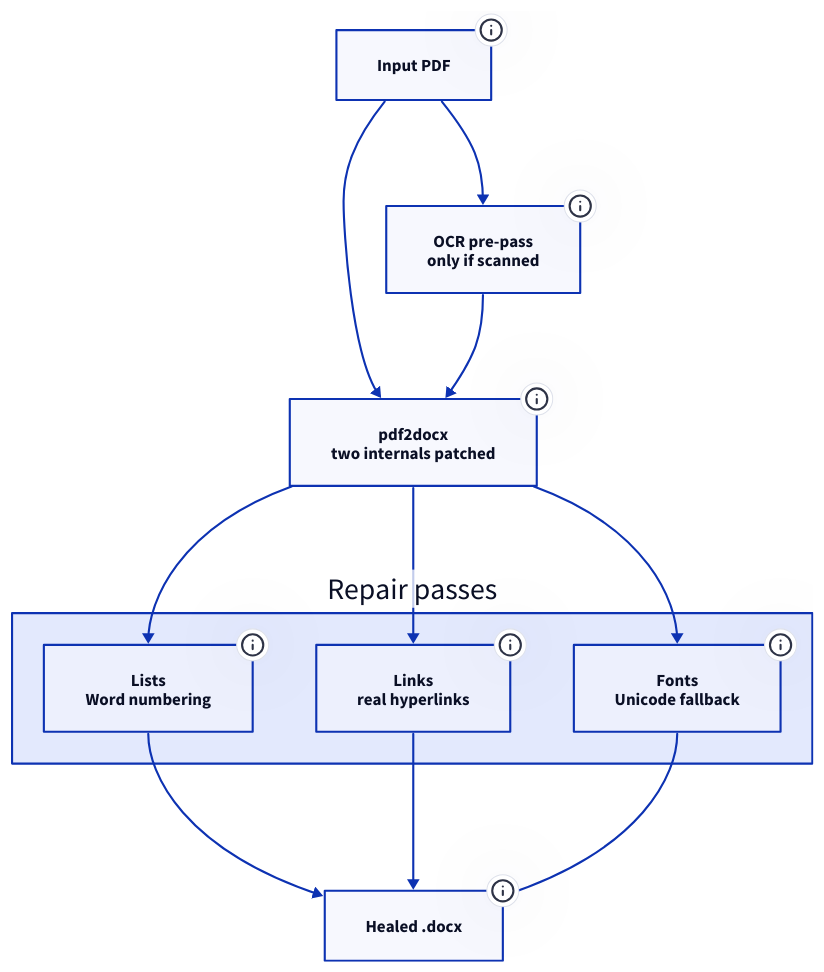
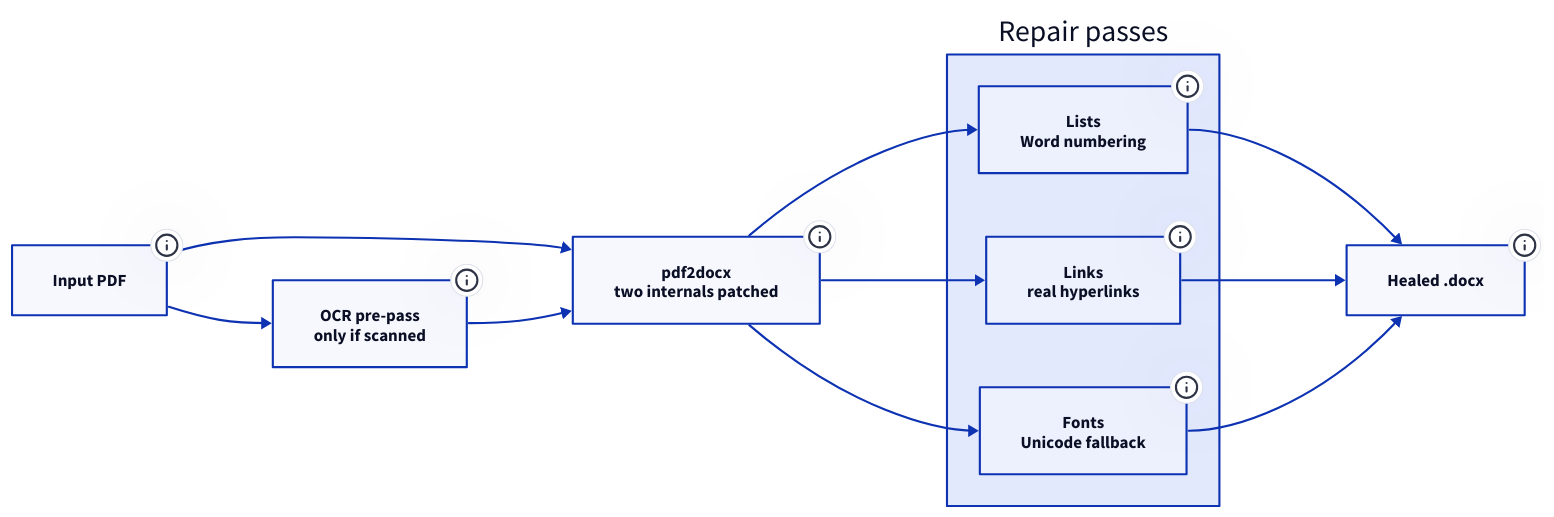
One commit to kunalgoesbyken/portfoliov1 changed the diagram in data/projects/diagrams/pdf2docx-healer-pipeline.d2. Above: the diagram before and after it, drawn with D2. The commit also changed 35 other files, not shown here.

Commit message:
Horizontal diagrams with side detail panel, uniform screenshot frames, direct project cards

```diff
--- a/data/projects/diagrams/pdf2docx-healer-pipeline.d2
+++ b/data/projects/diagrams/pdf2docx-healer-pipeline.d2
@@ -1,47 +1,47 @@
-direction: down
+direction: right
 
 pdf: Input PDF {
   class: external
   tooltip: "Text or scanned. A page counts as scanned when it has almost no text; OCR kicks in when more than 30 percent of pages are scanned."
 }
 
 ocr: OCR pre-pass\nonly if scanned {
   class: model
   tooltip: "PyMuPDF Tesseract integration produces a temporary text-layer PDF at 300 DPI. Without Tesseract installed it logs and carries on."
 }
 
 convert: pdf2docx\ntwo internals patched {
   class: service
   tooltip: "Upstream is_list_item always returned false and a list_not_table flag was dropped along the call chain, so lists became invisible tables. Two monkey-patches fix both, applied once per process, instead of forking an unmaintained project."
 }
 
 repair: Repair passes {
   class: zone
   lists: Lists\nWord numbering {
     class: service
     tooltip: "Splits list items out of merged paragraphs, detects nesting from indentation and applies Word list styles. Lettered and roman lists get generated OOXML numbering definitions, and a sequence-reset check keeps headings like 4. Results as headings."
   }
   links: Links\nreal hyperlinks {
     class: service
     tooltip: "Finds http, https, ftp, www and mailto text inside runs and replaces it with real w:hyperlink elements with external relationships."
   }
   fonts: Fonts\nUnicode fallback {
     class: service
     tooltip: "Maps missing fonts by name first, then by Unicode range: CJK, Arabic, Hebrew, Thai, Devanagari and Cyrillic."
   }
 }
 
 docx: Healed .docx {
   class: store
   tooltip: "Each pass has its own error handling, so a failure in one never costs the fixes from the others. On a sample: 0 to 9 real list items and 0 to 3 clickable links."
 }
 
 pdf -> ocr
 pdf -> convert
 ocr -> convert
 convert -> repair.lists
 convert -> repair.links
 convert -> repair.fonts
 repair.lists -> docx
 repair.links -> docx
 repair.fonts -> docx
```
